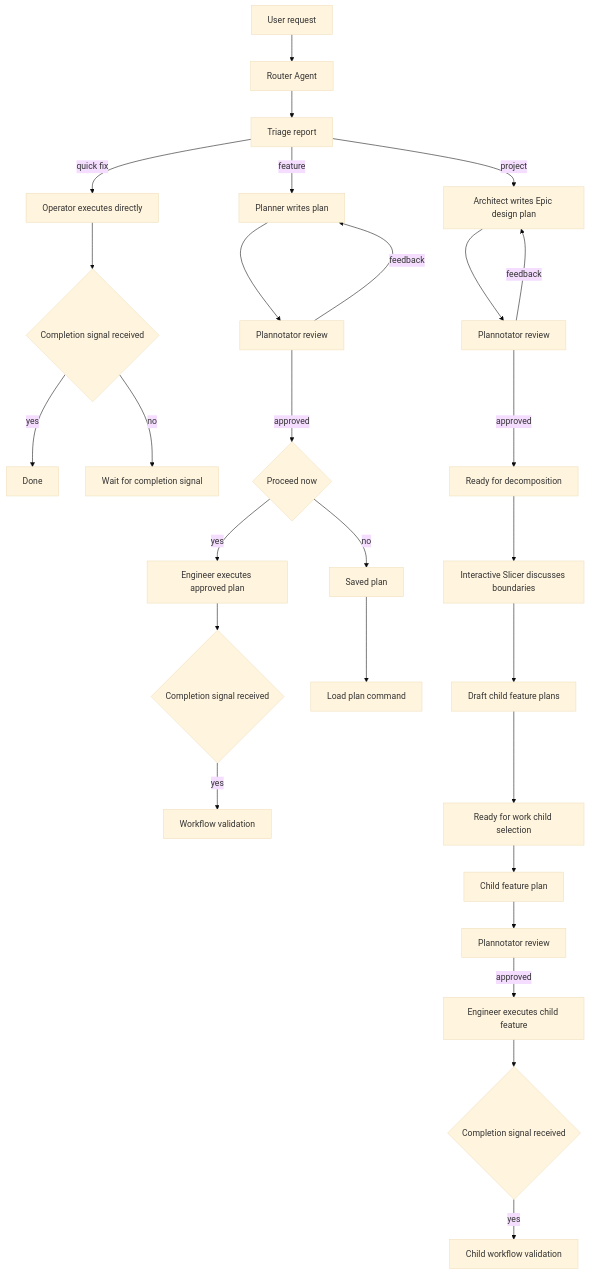
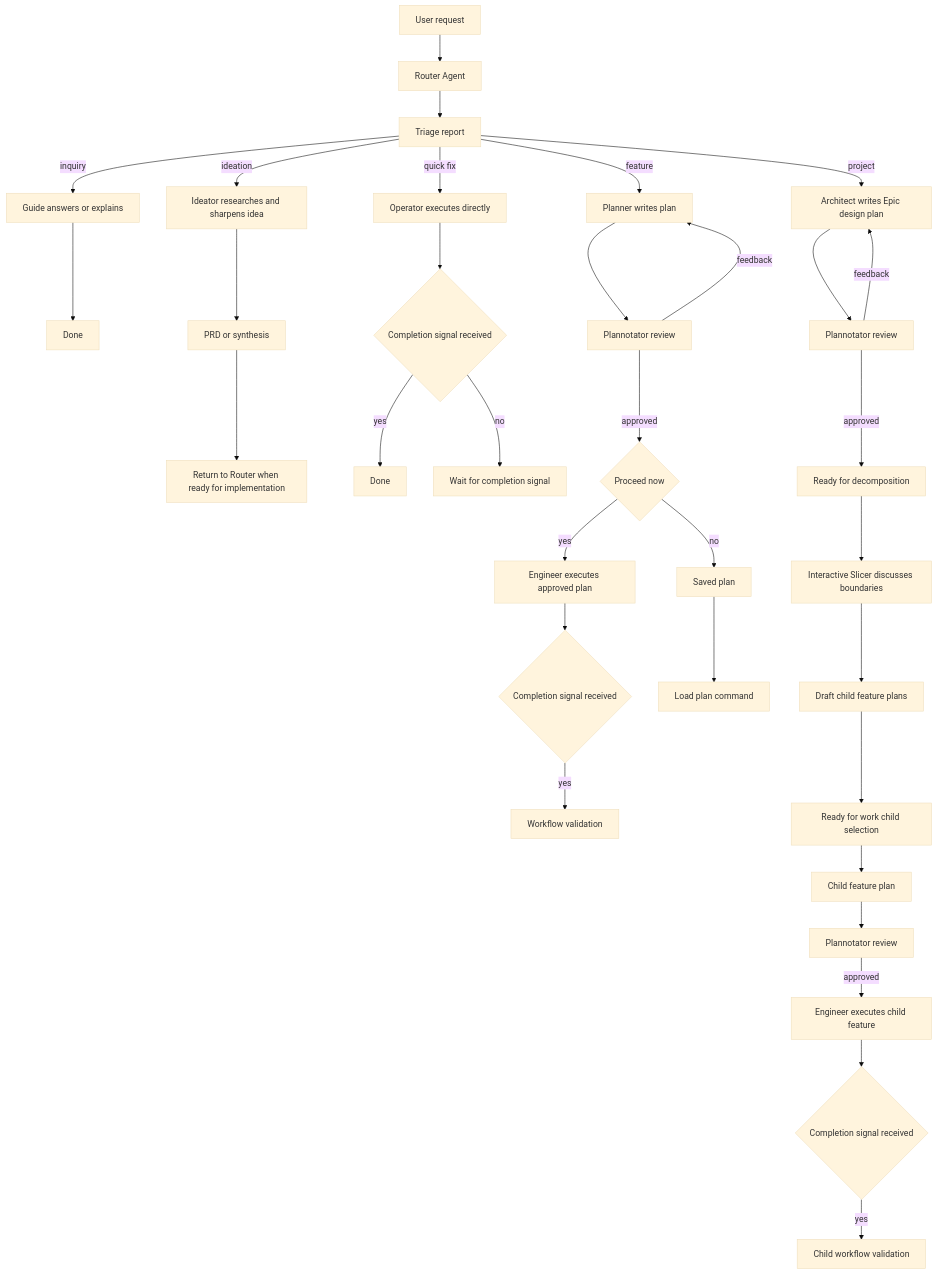
Before and after one commit to gandazgul/harns: the diagram in README.md, drawn with Mermaid (base theme). The commit also changed other lines of this file and 10 other files, not shown here.

````diff
--- a/README.md
+++ b/README.md
@@ -43,34 +43,41 @@
 ```mermaid
 graph TD
     U[User request] --> R[Router Agent]
     R --> TR[Triage report]
+
+    TR -->|inquiry| G[Guide answers or explains]
+    G --> GD[Done]
+
+    TR -->|ideation| I[Ideator researches and sharpens idea]
+    I --> IR[PRD or synthesis]
+    IR --> R2[Return to Router when ready for implementation]
 
     TR -->|quick fix| O[Operator executes directly]
     O --> TC1{Completion signal received}
     TC1 -->|yes| QD[Done]
     TC1 -->|no| W1[Wait for completion signal]
 
     TR -->|feature| P[Planner writes plan]
     P --> PR[Plannotator review]
     PR -->|feedback| P
     PR -->|approved| PA{Proceed now}
     PA -->|yes| E[Engineer executes approved plan]
     PA -->|no| SP[Saved plan]
     E --> TC2{Completion signal received}
     TC2 -->|yes| V2[Workflow validation]
 
     TR -->|project| A[Architect writes Epic design plan]
     A --> PR2[Plannotator review]
     PR2 -->|feedback| A
     PR2 -->|approved| RD[Ready for decomposition]
     RD --> S[Interactive Slicer discusses boundaries]
     S --> CD[Draft child feature plans]
     CD --> RF[Ready for work child selection]
     RF --> CP[Child feature plan]
     CP --> PR3[Plannotator review]
     PR3 -->|approved| CE[Engineer executes child feature]
     CE --> TC3{Completion signal received}
     TC3 -->|yes| V3[Child workflow validation]
 
     SP --> LP[Load plan command]
 ```
````
